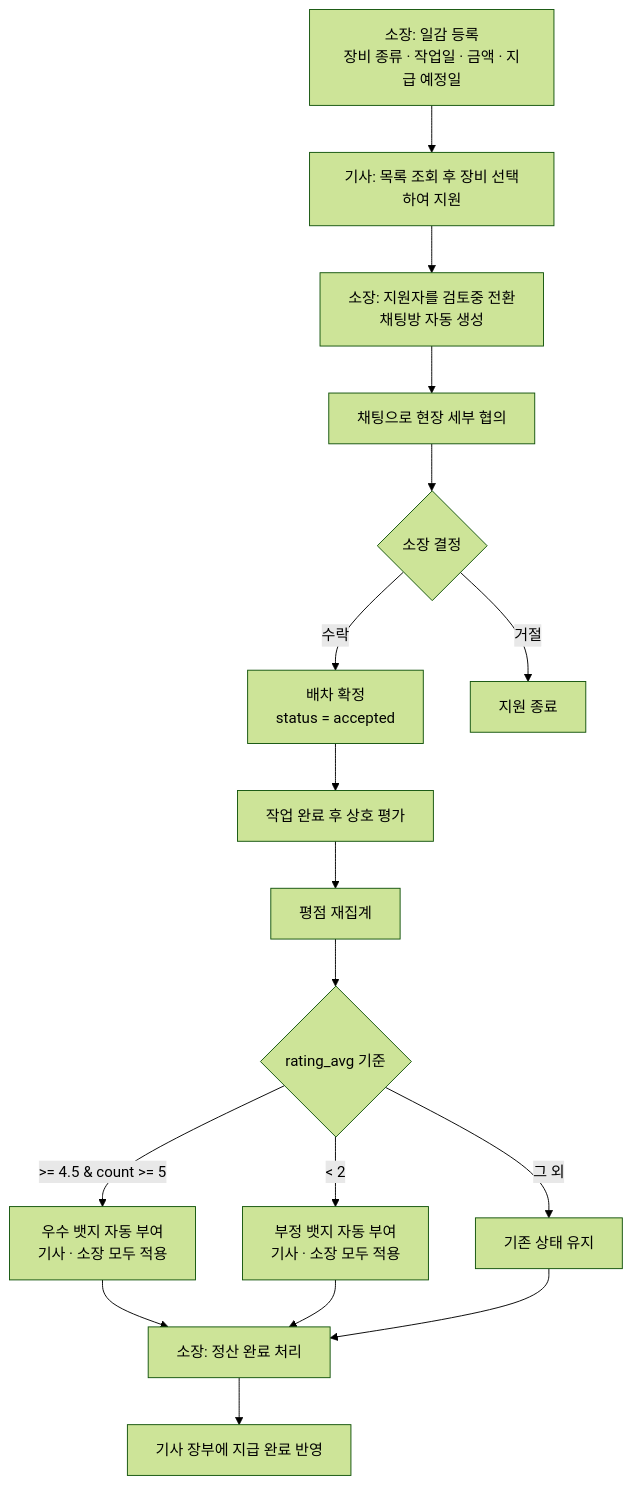
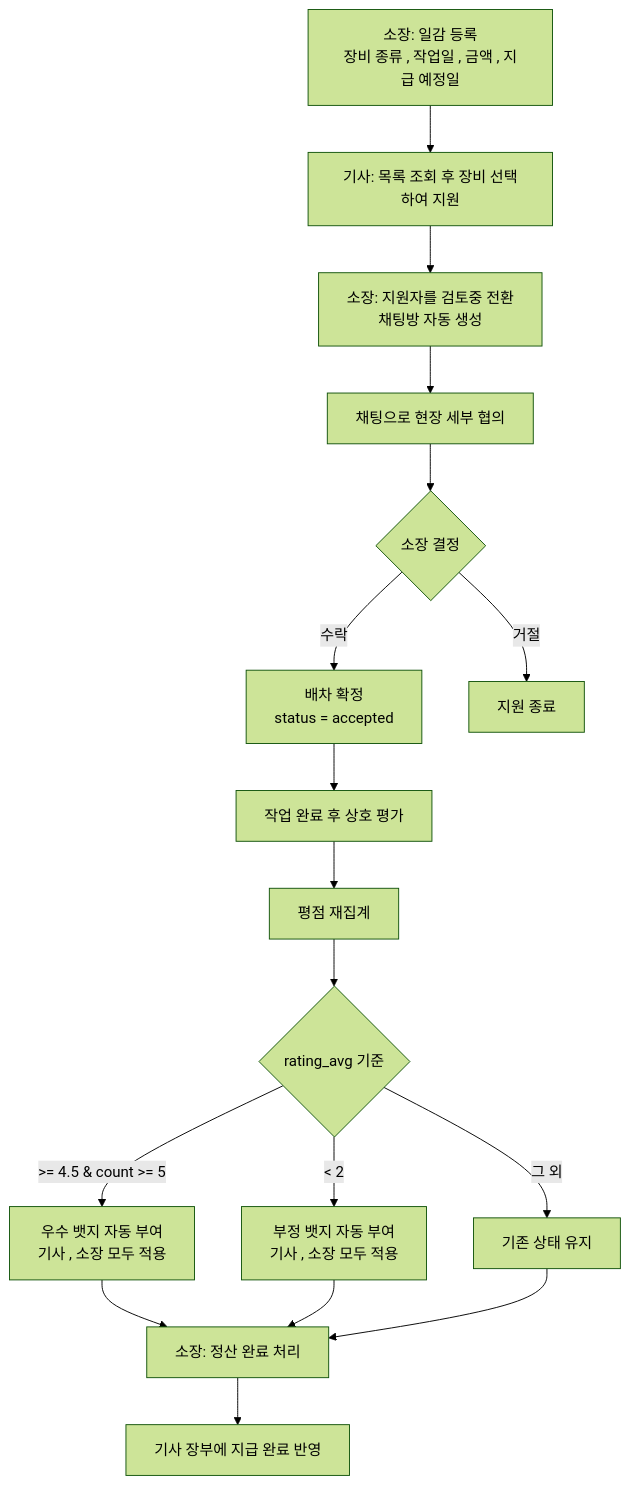
Before and after one commit to smj123432-lab/diggo: the first of 4 diagrams in README.md, drawn with Mermaid (forest theme). The commit also changed other lines of this file, not shown here.

````diff
--- a/README.md
+++ b/README.md
@@ -41,19 +51,19 @@
 ```mermaid
 flowchart TD
-    A["소장: 일감 등록\n장비 종류 · 작업일 · 금액 · 지급 예정일"] --> B["기사: 목록 조회 후 장비 선택하여 지원"]
+    A["소장: 일감 등록\n장비 종류 , 작업일 , 금액 , 지급 예정일"] --> B["기사: 목록 조회 후 장비 선택하여 지원"]
     B --> C["소장: 지원자를 검토중 전환\n채팅방 자동 생성"]
     C --> D["채팅으로 현장 세부 협의"]
     D --> E{"소장 결정"}
     E -->|수락| F["배차 확정\nstatus = accepted"]
     E -->|거절| G["지원 종료"]
     F --> H["작업 완료 후 상호 평가"]
     H --> I["평점 재집계"]
     I --> J{"rating_avg 기준"}
-    J -->|">= 4.5 & count >= 5"| K["우수 뱃지 자동 부여\n기사 · 소장 모두 적용"]
-    J -->|"< 2"| L["부정 뱃지 자동 부여\n기사 · 소장 모두 적용"]
+    J -->|">= 4.5 & count >= 5"| K["우수 뱃지 자동 부여\n기사 , 소장 모두 적용"]
+    J -->|"< 2"| L["부정 뱃지 자동 부여\n기사 , 소장 모두 적용"]
     J -->|그 외| M["기존 상태 유지"]
     K --> N["소장: 정산 완료 처리"]
     L --> N
     M --> N
     N --> O["기사 장부에 지급 완료 반영"]
 ```
````
